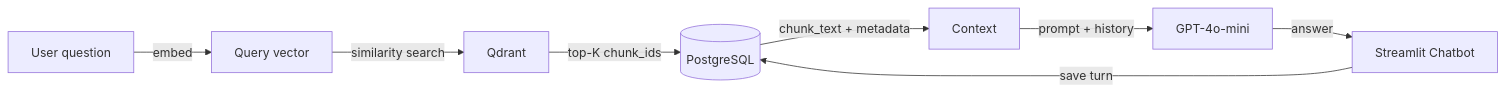
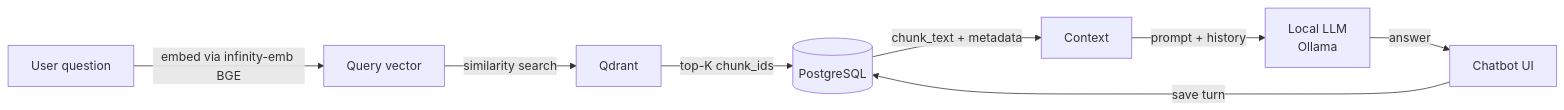
One commit to Adhikaxx88/paper-data- changed the second of 2 diagrams in news-rag/docs/architecture.md. Above: the diagram before and after it, drawn with Mermaid. The commit also changed other lines of this file and 15 other files, not shown here.

First line of the commit message:
Migrate to local model stack (BGE + Ollama) and add Docker Compose

````diff
--- a/news-rag/docs/architecture.md
+++ b/news-rag/docs/architecture.md
@@ -27,10 +27,10 @@
 ```mermaid
 flowchart LR
-    Q[User question] -->|embed| QV[Query vector]
+    Q[User question] -->|embed via infinity-emb BGE| QV[Query vector]
     QV -->|similarity search| QD[Qdrant]
     QD -->|top-K chunk_ids| PG[(PostgreSQL)]
     PG -->|chunk_text + metadata| CTX[Context]
-    CTX -->|prompt + history| LLM[GPT-4o-mini]
-    LLM -->|answer| UI[Streamlit Chatbot]
+    CTX -->|prompt + history| LLM[Local LLM<br/>Ollama]
+    LLM -->|answer| UI[Chatbot UI]
     UI -->|save turn| PG
 ```
````
